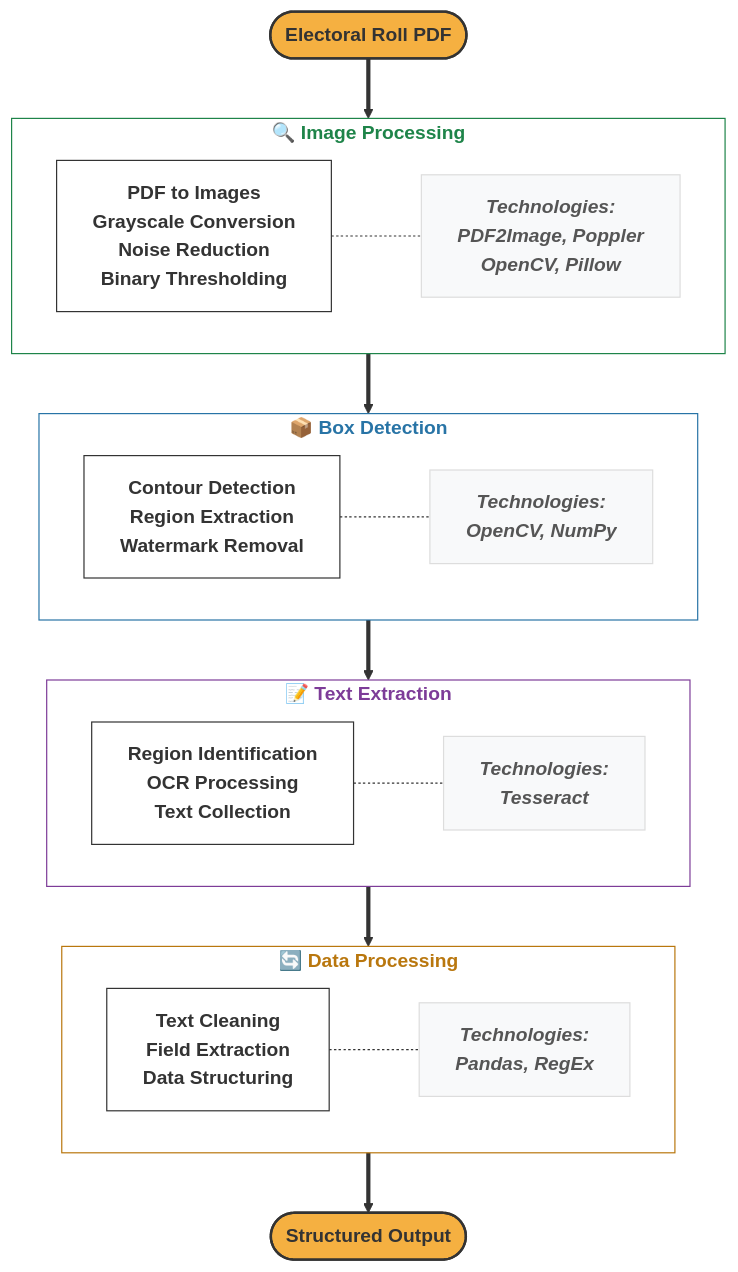
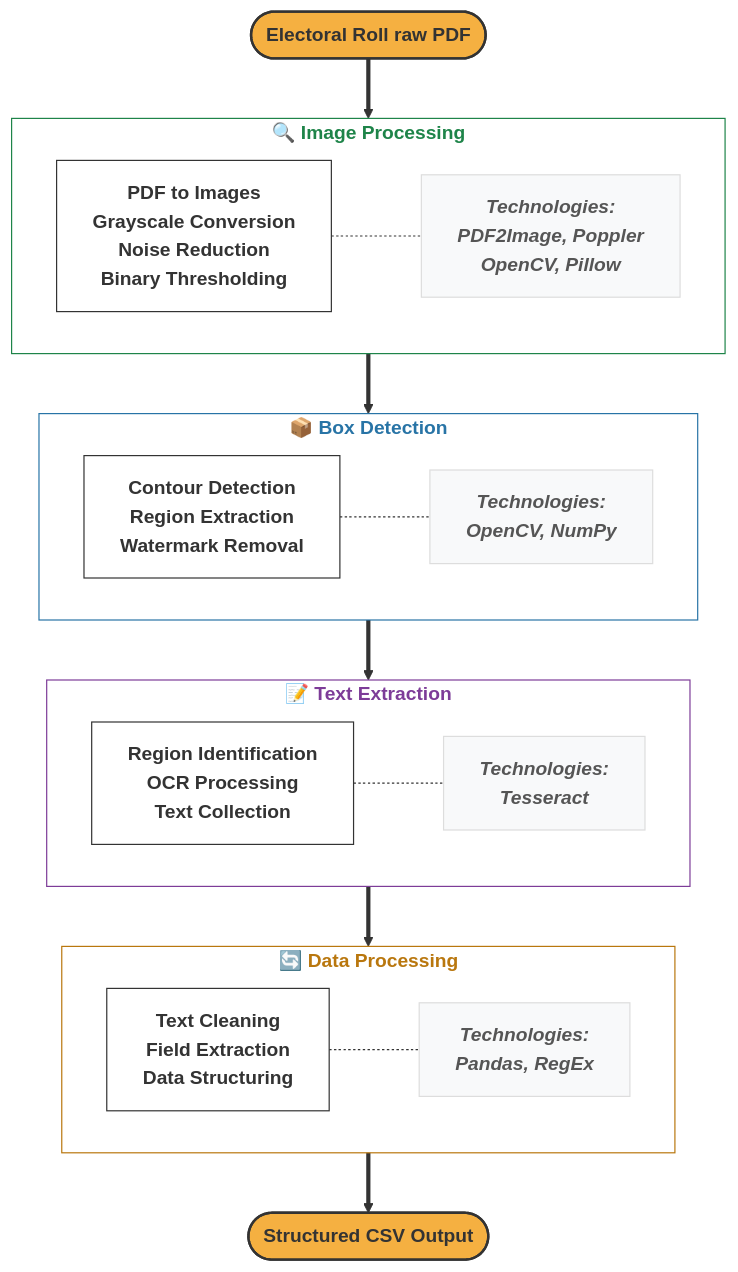
The diagram in README.md (neha-nambiar/electoral-roll-extractor), drawn with Mermaid before and after one commit.

````diff
--- a/README.md
+++ b/README.md
@@ -9,57 +9,57 @@
 ```mermaid
 flowchart TD
     classDef mainNode fill:#f5b041,stroke:#333,stroke-width:2px,color:#333,font-weight:bold,rounded:10px
     classDef processNode fill:white,stroke:#333,stroke-width:1px,color:#333,font-weight:bold,rounded:8px
     classDef techNode fill:#f8f9fa,stroke:#ddd,stroke-width:1px,color:#555,font-weight:bold,font-style:italic,rounded:8px
     classDef subgraphStyle fill:transparent,stroke:#aaa,stroke-width:1px,color:#555,font-weight:bold,rounded:15px
     
-    A([Electoral Roll PDF]) ==> B
+    A([Electoral Roll raw PDF]) ==> B
     
     subgraph B["🔍 Image Processing"]
       direction LR
       B1["PDF to Images<br>Grayscale Conversion<br>Noise Reduction<br>Binary Thresholding"]
       B2["Technologies:<br>PDF2Image, Poppler<br>OpenCV, Pillow"]
       B1 -.- B2
     end
     
     B ==> C
     
     subgraph C["📦 Box Detection"]
       direction LR
       C1["Contour Detection<br>Region Extraction<br>Watermark Removal"]
       C2["Technologies:<br>OpenCV, NumPy"]
       C1 -.- C2
     end
     
     C ==> D
     
     subgraph D["📝 Text Extraction"]
       direction LR
       D1["Region Identification<br>OCR Processing<br>Text Collection"]
       D2["Technologies:<br>Tesseract"]
       D1 -.- D2
     end
     
     D ==> E
     
     subgraph E["🔄 Data Processing"]
       direction LR
       E1["Text Cleaning<br>Field Extraction<br>Data Structuring"]
       E2["Technologies:<br>Pandas, RegEx"]
       E1 -.- E2
     end
     
-    E ==> F([Structured Output])
+    E ==> F([Structured CSV Output])
     
     %% Apply custom styles
     class A,F mainNode
     class B1,C1,D1,E1 processNode
     class B2,C2,D2,E2 techNode
     class B,C,D,E subgraphStyle
     
     %% Color the main process boxes
     style B color:#1e8449,stroke:#1e8449
     style C color:#2874a6,stroke:#2874a6
     style D color:#7d3c98,stroke:#7d3c98
     style E color:#b9770e,stroke:#b9770e
 ```
````
